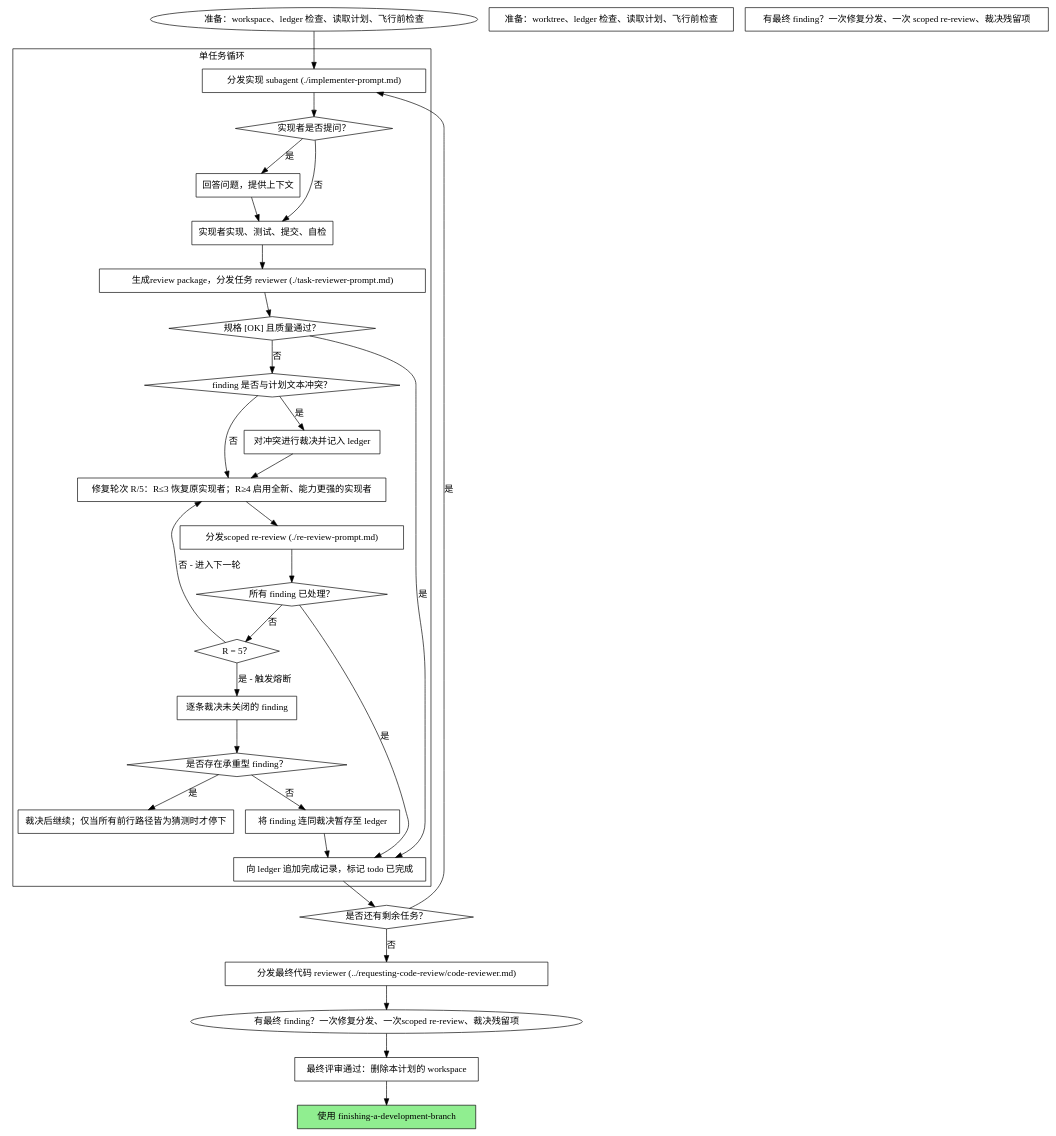
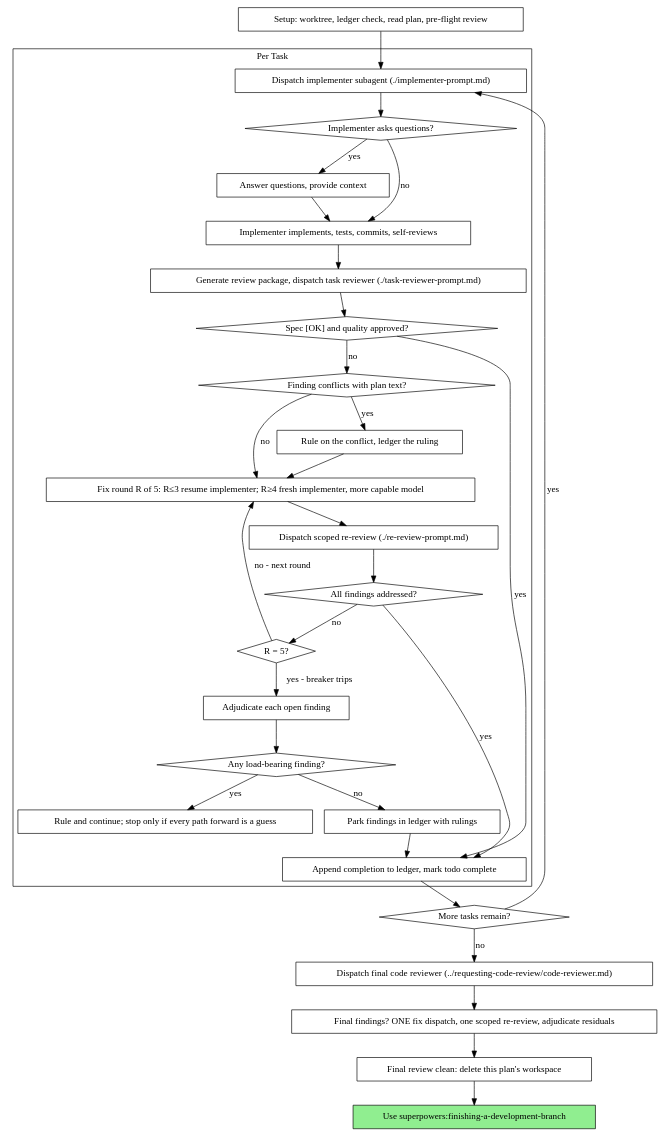
The second of 2 diagrams in skills/subagent-driven-development/SKILL.md (Wenaixi/dsh-superpower), drawn with Graphviz before and after one commit. The commit also changed other lines of this file and 103 other files, not shown here.

````diff
--- a/skills/subagent-driven-development/SKILL.md
+++ b/skills/subagent-driven-development/SKILL.md
@@ -50,62 +63,62 @@
 ```dot
 digraph process {
     rankdir=TB;
 
     subgraph cluster_per_task {
-        label="单任务循环";
-        "分发实现 subagent (./implementer-prompt.md)" [shape=box];
-        "实现者是否提问？" [shape=diamond];
-        "回答问题，提供上下文" [shape=box];
-        "实现者实现、测试、提交、自检" [shape=box];
-        "生成review package，分发任务 reviewer (./task-reviewer-prompt.md)" [shape=box];
-        "规格 [OK] 且质量通过？" [shape=diamond];
-        "finding 是否与计划文本冲突？" [shape=diamond];
-        "对冲突进行裁决并记入 ledger" [shape=box];
-        "修复轮次 R/5：R≤3 恢复原实现者；R≥4 启用全新、能力更强的实现者" [shape=box];
-        "分发scoped re-review (./re-review-prompt.md)" [shape=box];
-        "所有 finding 已处理？" [shape=diamond];
-        "R = 5？" [shape=diamond];
-        "逐条裁决未关闭的 finding" [shape=box];
-        "是否存在承重型 finding？" [shape=diamond];
-        "裁决后继续；仅当所有前行路径皆为猜测时才停下" [shape=box];
-        "将 finding 连同裁决暂存至 ledger" [shape=box];
-        "向 ledger 追加完成记录，标记 todo 已完成" [shape=box];
+        label="Per Task";
+        "Dispatch implementer subagent (./implementer-prompt.md)" [shape=box];
+        "Implementer asks questions?" [shape=diamond];
+        "Answer questions, provide context" [shape=box];
+        "Implementer implements, tests, commits, self-reviews" [shape=box];
+        "Generate review package, dispatch task reviewer (./task-reviewer-prompt.md)" [shape=box];
+        "Spec [OK] and quality approved?" [shape=diamond];
+        "Finding conflicts with plan text?" [shape=diamond];
+        "Rule on the conflict, ledger the ruling" [shape=box];
+        "Fix round R of 5: R≤3 resume implementer; R≥4 fresh implementer, more capable model" [shape=box];
+        "Dispatch scoped re-review (./re-review-prompt.md)" [shape=box];
+        "All findings addressed?" [shape=diamond];
+        "R = 5?" [shape=diamond];
+        "Adjudicate each open finding" [shape=box];
+        "Any load-bearing finding?" [shape=diamond];
+        "Rule and continue; stop only if every path forward is a guess" [shape=box];
+        "Park findings in ledger with rulings" [shape=box];
+        "Append completion to ledger, mark todo complete" [shape=box];
     }
 
-    "准备：worktree、ledger 检查、读取计划、飞行前检查" [shape=box];
-    "是否还有剩余任务？" [shape=diamond];
-    "分发最终代码 reviewer (../requesting-code-review/code-reviewer.md)" [shape=box];
-    "有最终 finding？一次修复分发、一次 scoped re-review、裁决残留项" [shape=box];
-    "最终评审通过：删除本计划的 workspace" [shape=box];
-    "使用 finishing-a-development-branch" [shape=box style=filled fillcolor=lightgreen];
+    "Setup: worktree, ledger check, read plan, pre-flight review" [shape=box];
+    "More tasks remain?" [shape=diamond];
+    "Dispatch final code reviewer (../requesting-code-review/code-reviewer.md)" [shape=box];
+    "Final findings? ONE fix dispatch, one scoped re-review, adjudicate residuals" [shape=box];
+    "Final review clean: delete this plan's workspace" [shape=box];
+    "Use superpowers:finishing-a-development-branch" [shape=box style=filled fillcolor=lightgreen];
 
-    "准备：workspace、ledger 检查、读取计划、飞行前检查" -> "分发实现 subagent (./implementer-prompt.md)";
-    "分发实现 subagent (./implementer-prompt.md)" -> "实现者是否提问？";
-    "实现者是否提问？" -> "回答问题，提供上下文" [label="是"];
-    "回答问题，提供上下文" -> "实现者实现、测试、提交、自检";
-    "实现者是否提问？" -> "实现者实现、测试、提交、自检" [label="否"];
-    "实现者实现、测试、提交、自检" -> "生成review package，分发任务 reviewer (./task-reviewer-prompt.md)";
-    "生成review package，分发任务 reviewer (./task-reviewer-prompt.md)" -> "规格 [OK] 且质量通过？";
-    "规格 [OK] 且质量通过？" -> "向 ledger 追加完成记录，标记 todo 已完成" [label="是"];
-    "规格 [OK] 且质量通过？" -> "finding 是否与计划文本冲突？" [label="否"];
-    "finding 是否与计划文本冲突？" -> "对冲突进行裁决并记入 ledger" [label="是"];
-    "对冲突进行裁决并记入 ledger" -> "修复轮次 R/5：R≤3 恢复原实现者；R≥4 启用全新、能力更强的实现者";
-    "finding 是否与计划文本冲突？" -> "修复轮次 R/5：R≤3 恢复原实现者；R≥4 启用全新、能力更强的实现者" [label="否"];
-    "修复轮次 R/5：R≤3 恢复原实现者；R≥4 启用全新、能力更强的实现者" -> "分发scoped re-review (./re-review-prompt.md)";
-    "分发scoped re-review (./re-review-prompt.md)" -> "所有 finding 已处理？";
-    "所有 finding 已处理？" -> "向 ledger 追加完成记录，标记 todo 已完成" [label="是"];
-    "所有 finding 已处理？" -> "R = 5？" [label="否"];
-    "R = 5？" -> "修复轮次 R/5：R≤3 恢复原实现者；R≥4 启用全新、能力更强的实现者" [label="否 - 进入下一轮"];
-    "R = 5？" -> "逐条裁决未关闭的 finding" [label="是 - 触发熔断"];
-    "逐条裁决未关闭的 finding" -> "是否存在承重型 finding？";
-    "是否存在承重型 finding？" -> "裁决后继续；仅当所有前行路径皆为猜测时才停下" [label="是"];
-    "是否存在承重型 finding？" -> "将 finding 连同裁决暂存至 ledger" [label="否"];
-    "将 finding 连同裁决暂存至 ledger" -> "向 ledger 追加完成记录，标记 todo 已完成";
-    "向 ledger 追加完成记录，标记 todo 已完成" -> "是否还有剩余任务？";
-    "是否还有剩余任务？" -> "分发实现 subagent (./implementer-prompt.md)" [label="是"];
-    "是否还有剩余任务？" -> "分发最终代码 reviewer (../requesting-code-review/code-reviewer.md)" [label="否"];
-    "分发最终代码 reviewer (../requesting-code-review/code-reviewer.md)" -> "有最终 finding？一次修复分发、一次scoped re-review、裁决残留项";
-    "有最终 finding？一次修复分发、一次scoped re-review、裁决残留项" -> "最终评审通过：删除本计划的 workspace";
-    "最终评审通过：删除本计划的 workspace" -> "使用 finishing-a-development-branch";
+    "Setup: worktree, ledger check, read plan, pre-flight review" -> "Dispatch implementer subagent (./implementer-prompt.md)";
+    "Dispatch implementer subagent (./implementer-prompt.md)" -> "Implementer asks questions?";
+    "Implementer asks questions?" -> "Answer questions, provide context" [label="yes"];
+    "Answer questions, provide context" -> "Implementer implements, tests, commits, self-reviews";
+    "Implementer asks questions?" -> "Implementer implements, tests, commits, self-reviews" [label="no"];
+    "Implementer implements, tests, commits, self-reviews" -> "Generate review package, dispatch task reviewer (./task-reviewer-prompt.md)";
+    "Generate review package, dispatch task reviewer (./task-reviewer-prompt.md)" -> "Spec [OK] and quality approved?";
+    "Spec [OK] and quality approved?" -> "Append completion to ledger, mark todo complete" [label="yes"];
+    "Spec [OK] and quality approved?" -> "Finding conflicts with plan text?" [label="no"];
+    "Finding conflicts with plan text?" -> "Rule on the conflict, ledger the ruling" [label="yes"];
+    "Rule on the conflict, ledger the ruling" -> "Fix round R of 5: R≤3 resume implementer; R≥4 fresh implementer, more capable model";
+    "Finding conflicts with plan text?" -> "Fix round R of 5: R≤3 resume implementer; R≥4 fresh implementer, more capable model" [label="no"];
+    "Fix round R of 5: R≤3 resume implementer; R≥4 fresh implementer, more capable model" -> "Dispatch scoped re-review (./re-review-prompt.md)";
+    "Dispatch scoped re-review (./re-review-prompt.md)" -> "All findings addressed?";
+    "All findings addressed?" -> "Append completion to ledger, mark todo complete" [label="yes"];
+    "All findings addressed?" -> "R = 5?" [label="no"];
+    "R = 5?" -> "Fix round R of 5: R≤3 resume implementer; R≥4 fresh implementer, more capable model" [label="no - next round"];
+    "R = 5?" -> "Adjudicate each open finding" [label="yes - breaker trips"];
+    "Adjudicate each open finding" -> "Any load-bearing finding?";
+    "Any load-bearing finding?" -> "Rule and continue; stop only if every path forward is a guess" [label="yes"];
+    "Any load-bearing finding?" -> "Park findings in ledger with rulings" [label="no"];
+    "Park findings in ledger with rulings" -> "Append completion to ledger, mark todo complete";
+    "Append completion to ledger, mark todo complete" -> "More tasks remain?";
+    "More tasks remain?" -> "Dispatch implementer subagent (./implementer-prompt.md)" [label="yes"];
+    "More tasks remain?" -> "Dispatch final code reviewer (../requesting-code-review/code-reviewer.md)" [label="no"];
+    "Dispatch final code reviewer (../requesting-code-review/code-reviewer.md)" -> "Final findings? ONE fix dispatch, one scoped re-review, adjudicate residuals";
+    "Final findings? ONE fix dispatch, one scoped re-review, adjudicate residuals" -> "Final review clean: delete this plan's workspace";
+    "Final review clean: delete this plan's workspace" -> "Use superpowers:finishing-a-development-branch";
 }
 ```
````
